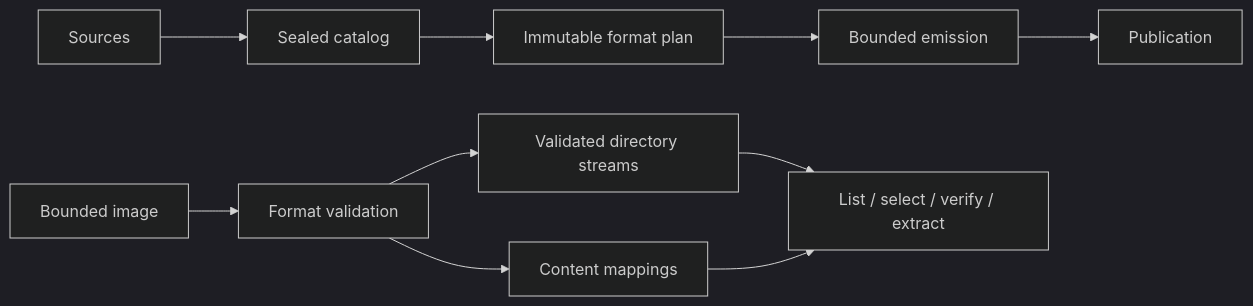
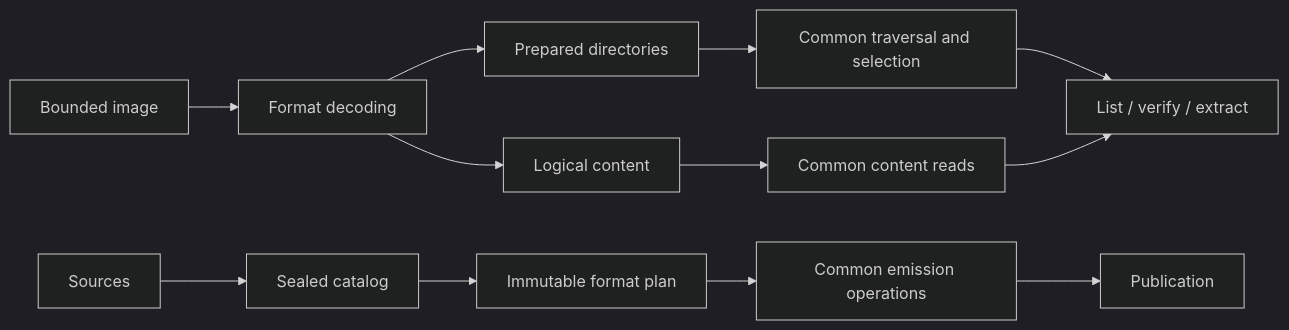
The diagram in docs/architecture-analysis.md (stass/fsimg), drawn with Mermaid (dark theme) before and after one commit. The commit also changed other lines of this file, not shown here.

Commit message:
Refine architecture proposals and add execution plan

````diff
--- a/docs/architecture-analysis.md
+++ b/docs/architecture-analysis.md
@@ -21,13 +23,15 @@
 ```mermaid
 flowchart LR
+    Image[Bounded image] --> Decode[Format decoding]
+    Decode --> Directory[Prepared directories]
+    Decode --> Content[Logical content]
+    Directory --> Walker[Common traversal and selection]
+    Content --> Reads[Common content reads]
+    Walker --> Operations[List / verify / extract]
+    Reads --> Operations
+
     Sources --> Catalog[Sealed catalog]
     Catalog --> Plan[Immutable format plan]
-    Plan --> Emit[Bounded emission]
+    Plan --> Emit[Common emission operations]
     Emit --> Publish[Publication]
-
-    Image[Bounded image] --> Decode[Format validation]
-    Decode --> Directory[Validated directory streams]
-    Decode --> Content[Content mappings]
-    Directory --> Operations[List / select / verify / extract]
-    Content --> Operations
 ```
````
